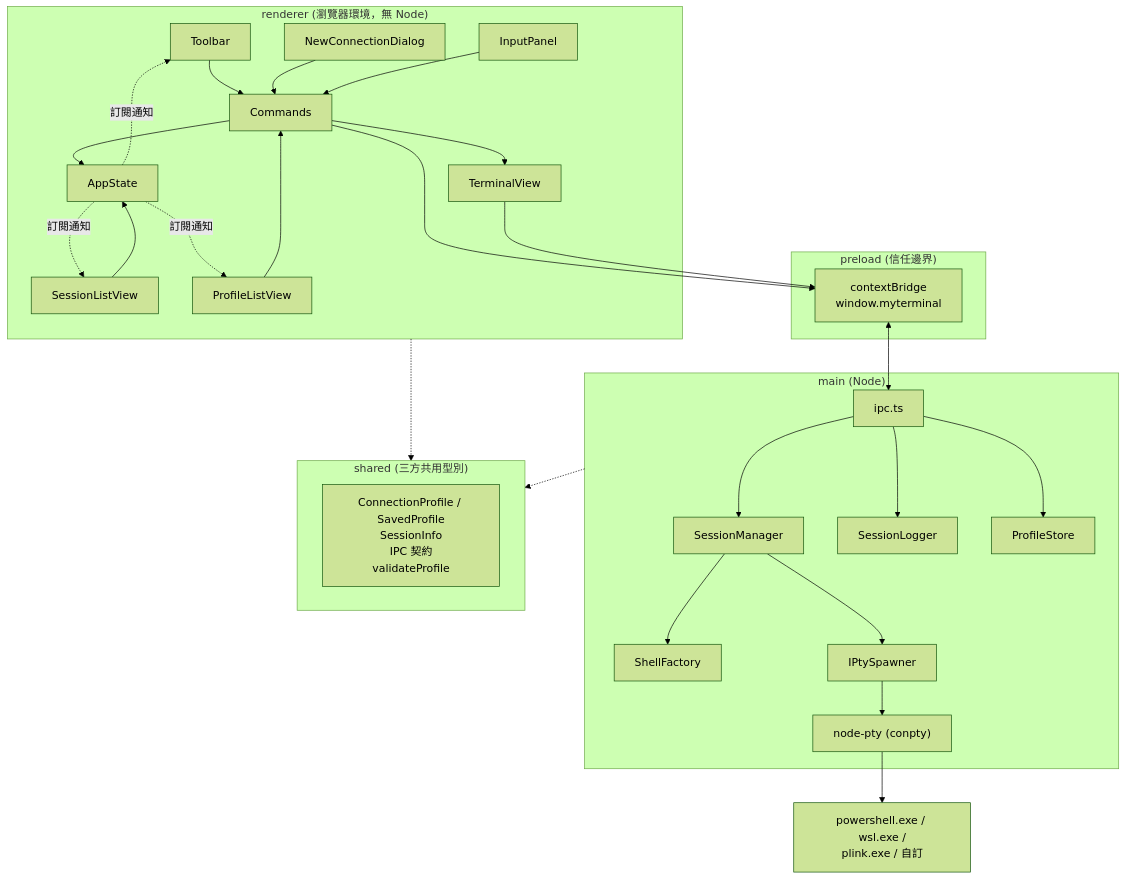
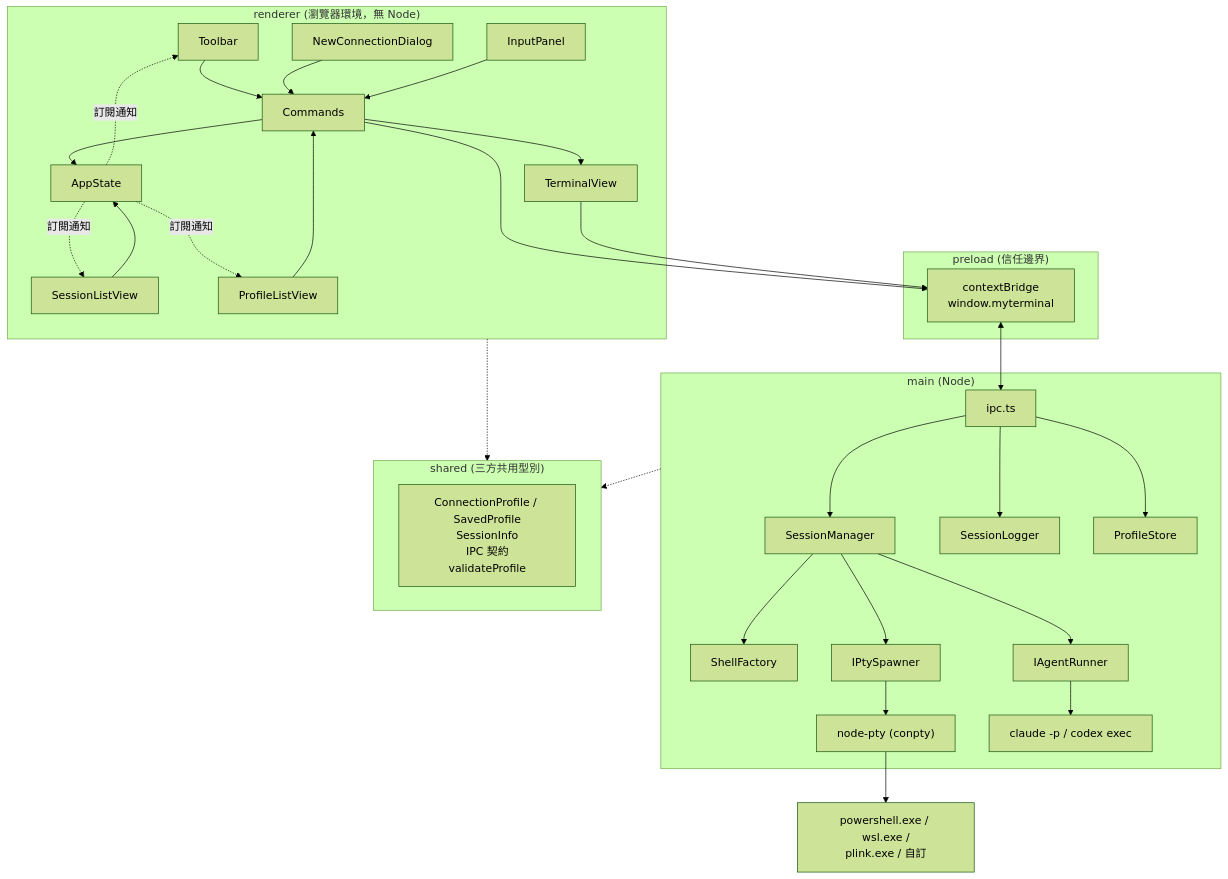
Before and after one commit to Mufu/myterminal: the first of 2 diagrams in docs/ARCHITECTURE.md, drawn with Mermaid (forest theme). The commit also changed other lines of this file and 3 other files, not shown here.

````diff
--- a/docs/ARCHITECTURE.md
+++ b/docs/ARCHITECTURE.md
@@ -10,40 +10,42 @@
 ```mermaid
 flowchart TB
   subgraph renderer["renderer (瀏覽器環境，無 Node)"]
     Toolbar --> Commands
     SessionListView --> AppState
     ProfileListView --> Commands
     Commands --> AppState
     Commands --> TerminalView
     AppState -. 訂閱通知 .-> Toolbar
     AppState -. 訂閱通知 .-> SessionListView
     AppState -. 訂閱通知 .-> ProfileListView
     NewConnectionDialog --> Commands
     InputPanel --> Commands
   end
 
   subgraph preload["preload (信任邊界)"]
     Bridge["contextBridge<br/>window.myterminal"]
   end
 
   subgraph main["main (Node)"]
     IPCLayer["ipc.ts"] --> SessionManager
     IPCLayer --> SessionLogger
     IPCLayer --> ProfileStore
     SessionManager --> ShellFactory
     SessionManager --> IPtySpawner
+    SessionManager --> IAgentRunner
     IPtySpawner --> NodePty["node-pty (conpty)"]
+    IAgentRunner --> AgentCli["claude -p / codex exec"]
   end
 
   subgraph shared["shared (三方共用型別)"]
     Profile["ConnectionProfile / SavedProfile<br/>SessionInfo<br/>IPC 契約<br/>validateProfile"]
   end
 
   Commands --> Bridge
   TerminalView --> Bridge
   Bridge <--> IPCLayer
   renderer -.-> shared
   main -.-> shared
 
   NodePty --> Backends["powershell.exe / wsl.exe /<br/>plink.exe / 自訂"]
 ```
````
